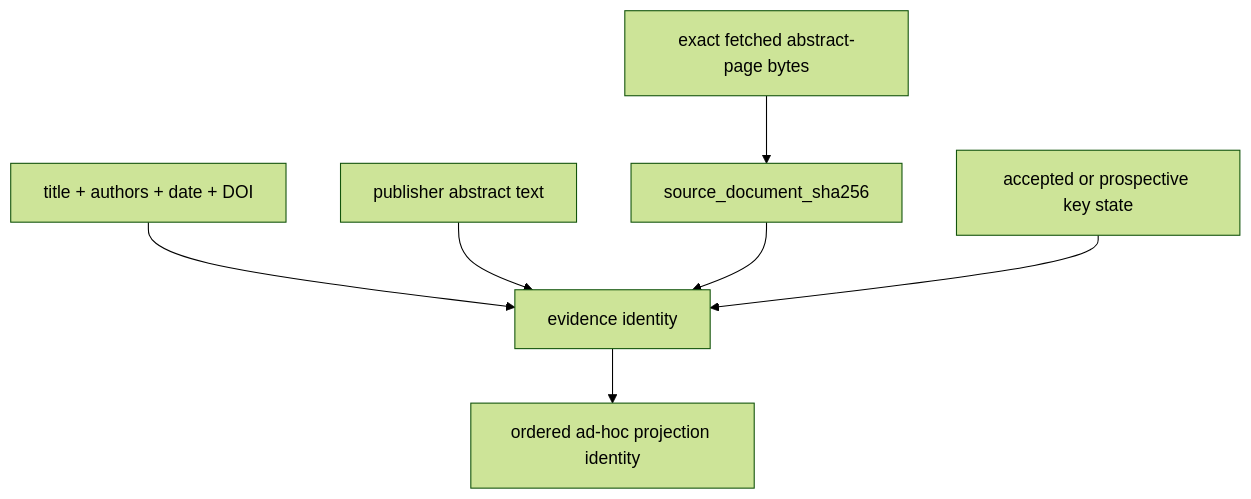
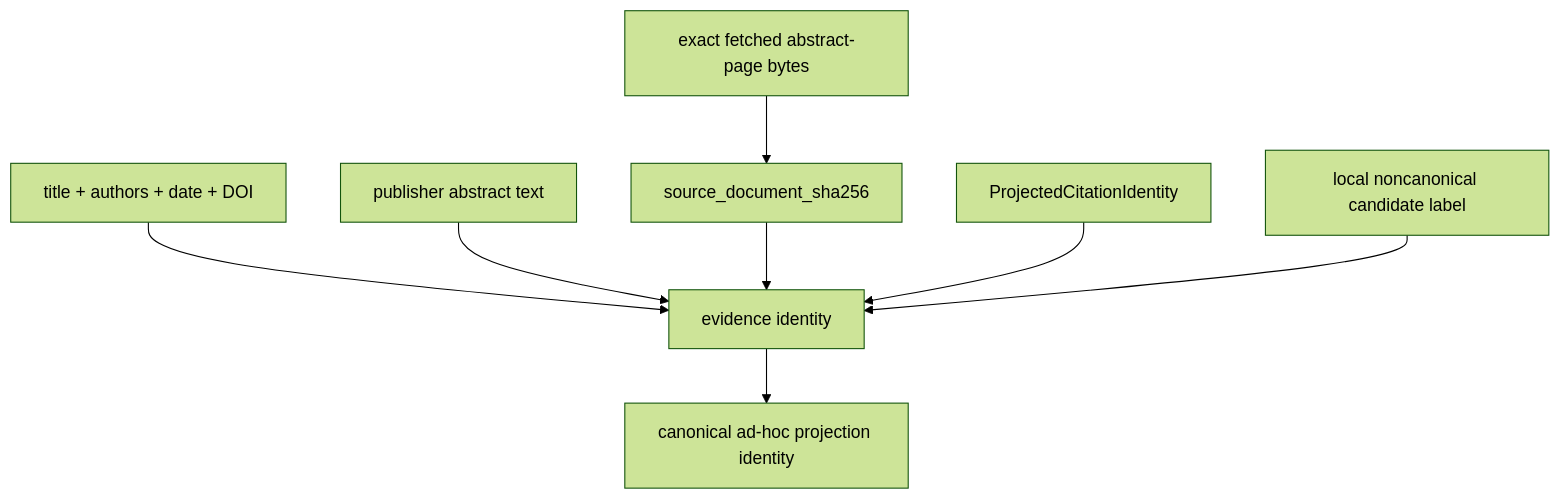
Before and after one commit to eragasa/ksdft2effmass: the diagram in docs/architecture/ksdft2effmass/publications/authoring/ad_hoc_evidence/implementation.md, drawn with Mermaid (forest theme). The commit also changed other lines of this file and 33 other files, not shown here.

Commit message:
Bind abstract authoring to owner citation lineage

````diff
--- a/docs/architecture/ksdft2effmass/publications/authoring/ad_hoc_evidence/implementation.md
+++ b/docs/architecture/ksdft2effmass/publications/authoring/ad_hoc_evidence/implementation.md
@@ -3,9 +3,10 @@
 ```mermaid
 flowchart TD
     Bytes["exact fetched abstract-page bytes"] --> Digest["source_document_sha256"]
     Metadata["title + authors + date + DOI"] --> Identity["evidence identity"]
     Abstract["publisher abstract text"] --> Identity
     Digest --> Identity
-    Citation["accepted or prospective key state"] --> Identity
-    Identity --> Projection["ordered ad-hoc projection identity"]
+    Owner["ProjectedCitationIdentity"] --> Identity
+    Local["local noncanonical candidate label"] --> Identity
+    Identity --> Projection["canonical ad-hoc projection identity"]
 ```
````
